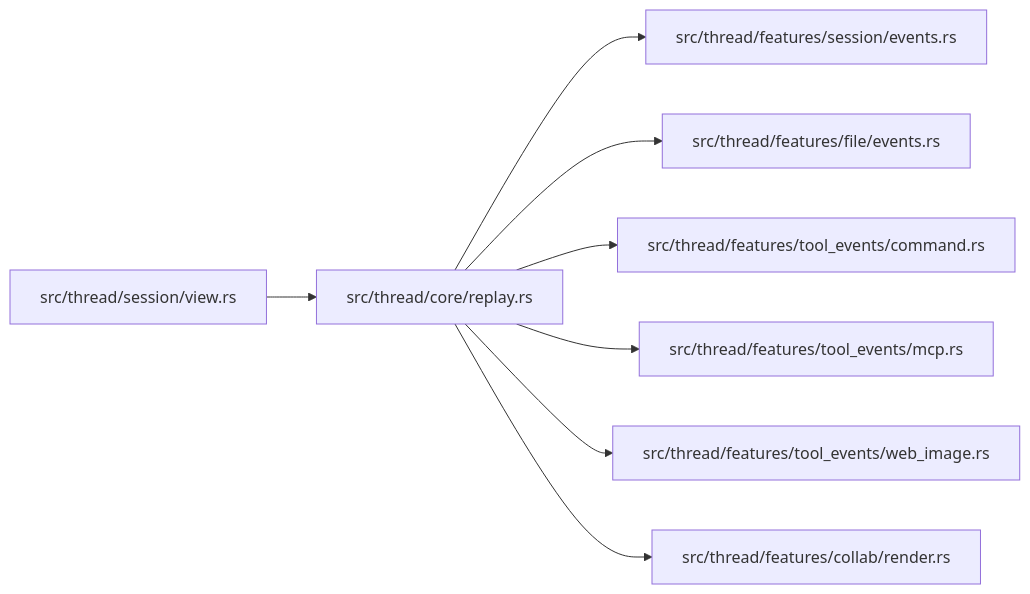
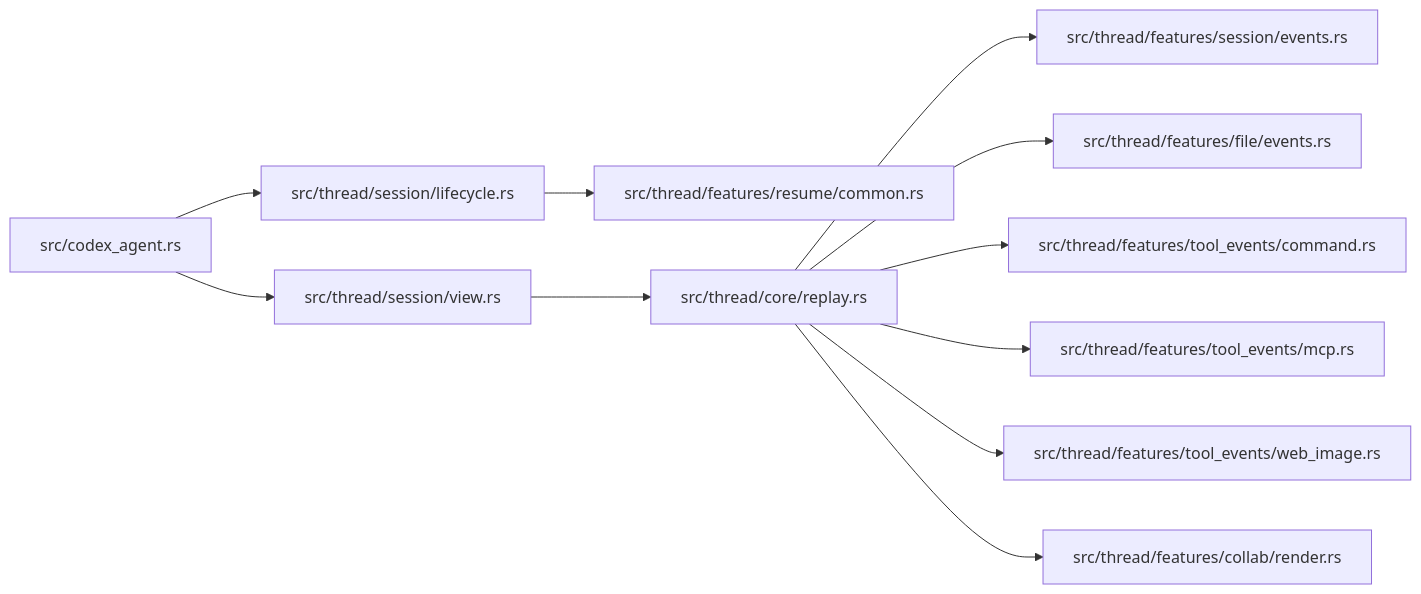
The second of 3 diagrams in docs/thread-feature-map.md (Qweasd123tg/zed-codex-ACP-CAS), drawn with Mermaid before and after one commit. The commit also changed other lines of this file and 21 other files, not shown here.

````diff
--- a/docs/thread-feature-map.md
+++ b/docs/thread-feature-map.md
@@ -91,11 +91,14 @@
 ```mermaid
 flowchart LR
-    SessionLoad[src/thread/session/view.rs] --> Replay[src/thread/core/replay.rs]
+    CodexAgent[src/codex_agent.rs] --> SessionLifecycle[src/thread/session/lifecycle.rs]
+    SessionLifecycle --> ResumeCommon[src/thread/features/resume/common.rs]
+    CodexAgent --> SessionView[src/thread/session/view.rs]
+    SessionView --> Replay[src/thread/core/replay.rs]
 
     Replay --> SessionReplay[src/thread/features/session/events.rs]
     Replay --> FileReplay[src/thread/features/file/events.rs]
     Replay --> CommandReplay[src/thread/features/tool_events/command.rs]
     Replay --> McpReplay[src/thread/features/tool_events/mcp.rs]
     Replay --> WebImageReplay[src/thread/features/tool_events/web_image.rs]
     Replay --> CollabReplay[src/thread/features/collab/render.rs]
 ```
````
